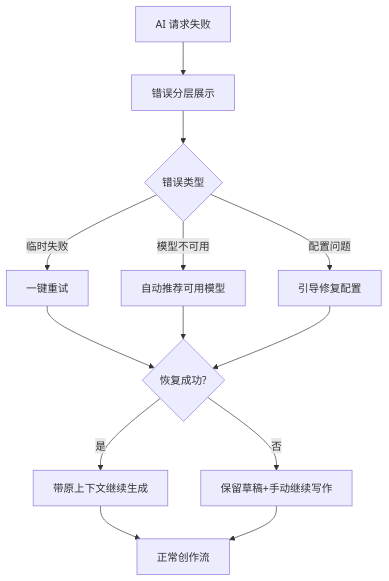
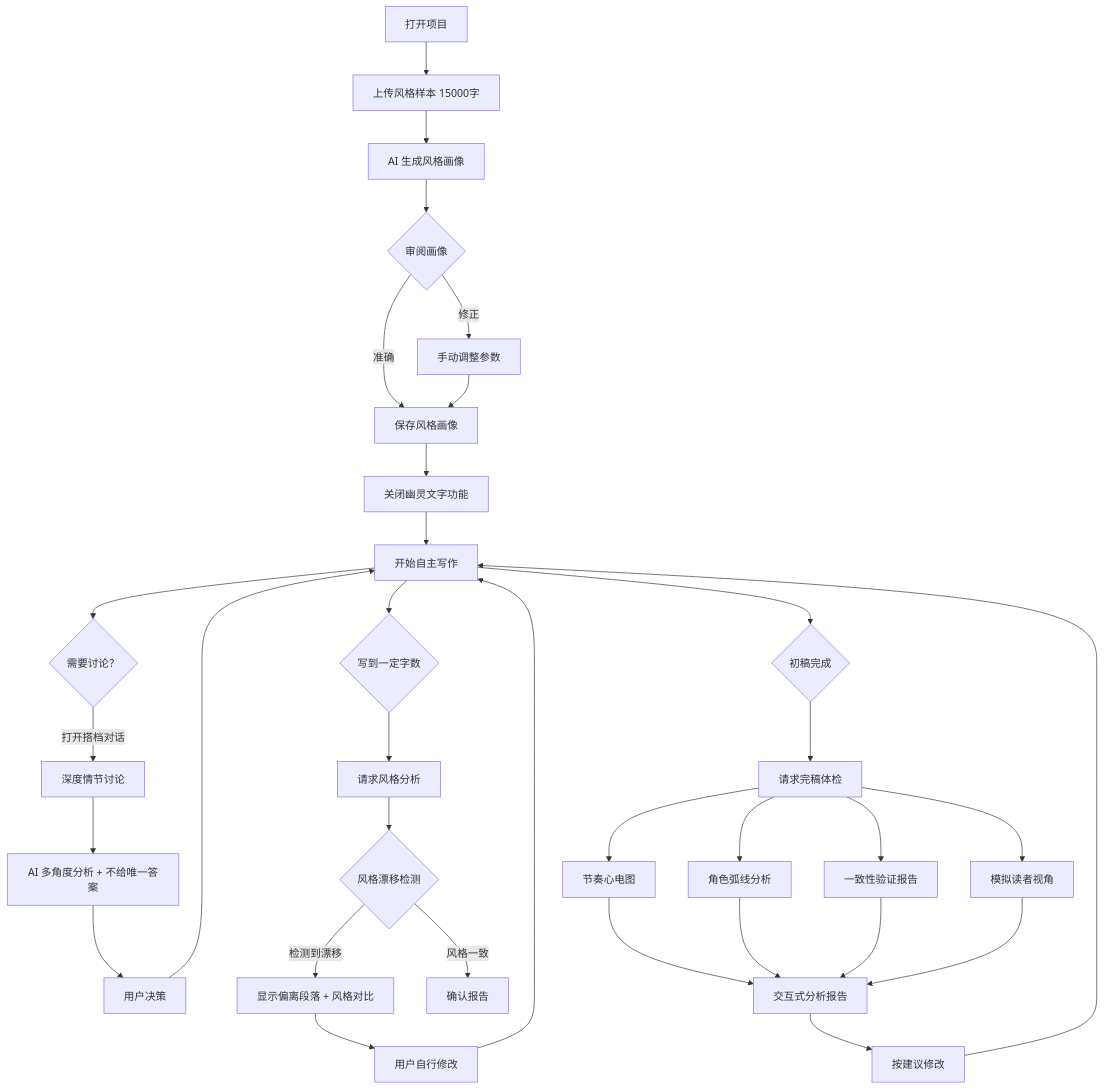
Before and after one commit to Elij-0402/writeteam: the third of 3 diagrams in _bmad-output/planning-artifacts/ux-design-specification.md, drawn with Mermaid. The commit also changed other lines of this file and 10 other files, not shown here.

````diff
--- a/_bmad-output/planning-artifacts/ux-design-specification.md
+++ b/_bmad-output/planning-artifacts/ux-design-specification.md
@@ -442,15 +638,36 @@
 ```mermaid
 flowchart TD
-  A[AI 请求失败] --> B[错误分层展示]
-  B --> C{错误类型}
-  C -- 临时失败 --> D[一键重试]
-  C -- 模型不可用 --> E[自动推荐可用模型]
-  C -- 配置问题 --> F[引导修复配置]
-  D --> G{恢复成功?}
-  E --> G
-  F --> G
-  G -- 是 --> H[带原上下文继续生成]
-  G -- 否 --> I[保留草稿+手动继续写作]
-  H --> J[正常创作流]
-  I --> J
+    A[打开项目] --> B[上传风格样本 15000字]
+    B --> C[AI 生成风格画像]
+    C --> D{审阅画像}
+    D --> |准确| E[保存风格画像]
+    D --> |修正| F[手动调整参数]
+    F --> E
+
+    E --> G[关闭幽灵文字功能]
+    G --> H[开始自主写作]
+
+    H --> I{需要讨论？}
+    I --> |打开搭档对话| J[深度情节讨论]
+    J --> K[AI 多角度分析 + 不给唯一答案]
+    K --> L[用户决策]
+    L --> H
+
+    H --> M{写到一定字数}
+    M --> N[请求风格分析]
+    N --> O{风格漂移检测}
+    O --> |检测到漂移| P[显示偏离段落 + 风格对比]
+    O --> |风格一致| Q[确认报告]
+    P --> R[用户自行修改]
+    R --> H
+
+    H --> S{初稿完成}
+    S --> T[请求完稿体检]
+    T --> U[节奏心电图]
+    T --> V[角色弧线分析]
+    T --> W[一致性验证报告]
+    T --> X[模拟读者视角]
+    U & V & W & X --> Y[交互式分析报告]
+    Y --> Z[按建议修改]
+    Z --> H
 ```
````
